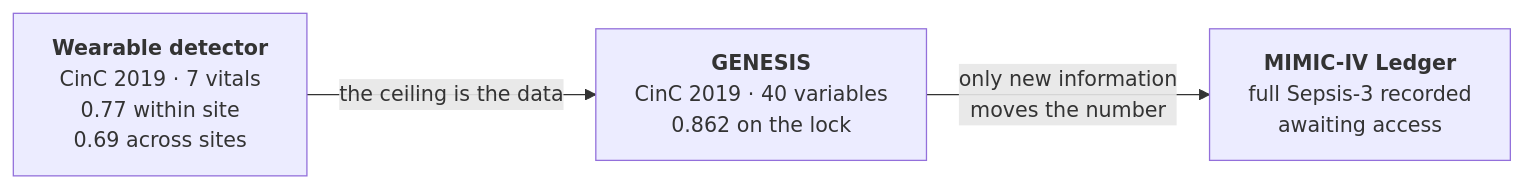
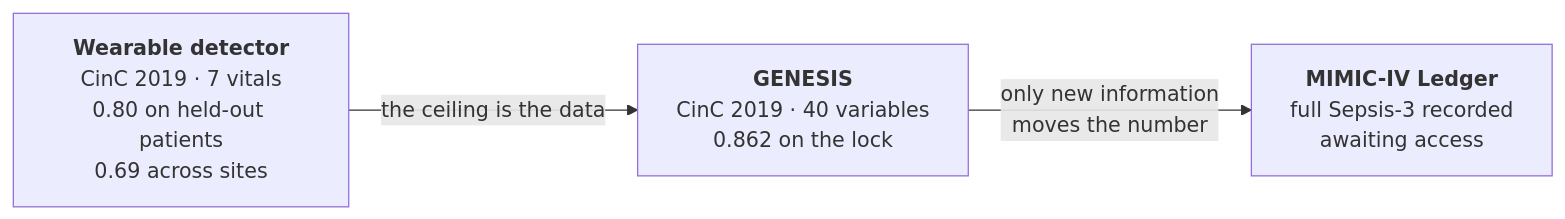
The second of 3 diagrams in README.md (Arnavnemade1/Sepsis), drawn with Mermaid before and after one commit. The commit also changed other lines of this file and 7 other files, not shown here.

````diff
--- a/README.md
+++ b/README.md
@@ -336,8 +363,8 @@
 ```mermaid
 flowchart LR
-    A["<b>Wearable detector</b><br/>CinC 2019 · 7 vitals<br/>0.77 within site<br/>0.69 across sites"]
+    A["<b>Wearable detector</b><br/>CinC 2019 · 7 vitals<br/>0.80 on held-out patients<br/>0.69 across sites"]
     B["<b>GENESIS</b><br/>CinC 2019 · 40 variables<br/>0.862 on the lock"]
     C["<b>MIMIC-IV Ledger</b><br/>full Sepsis-3 recorded<br/>awaiting access"]
     A -- "the ceiling is the data" --> B
     B -- "only new information<br/>moves the number" --> C
 ```
````
